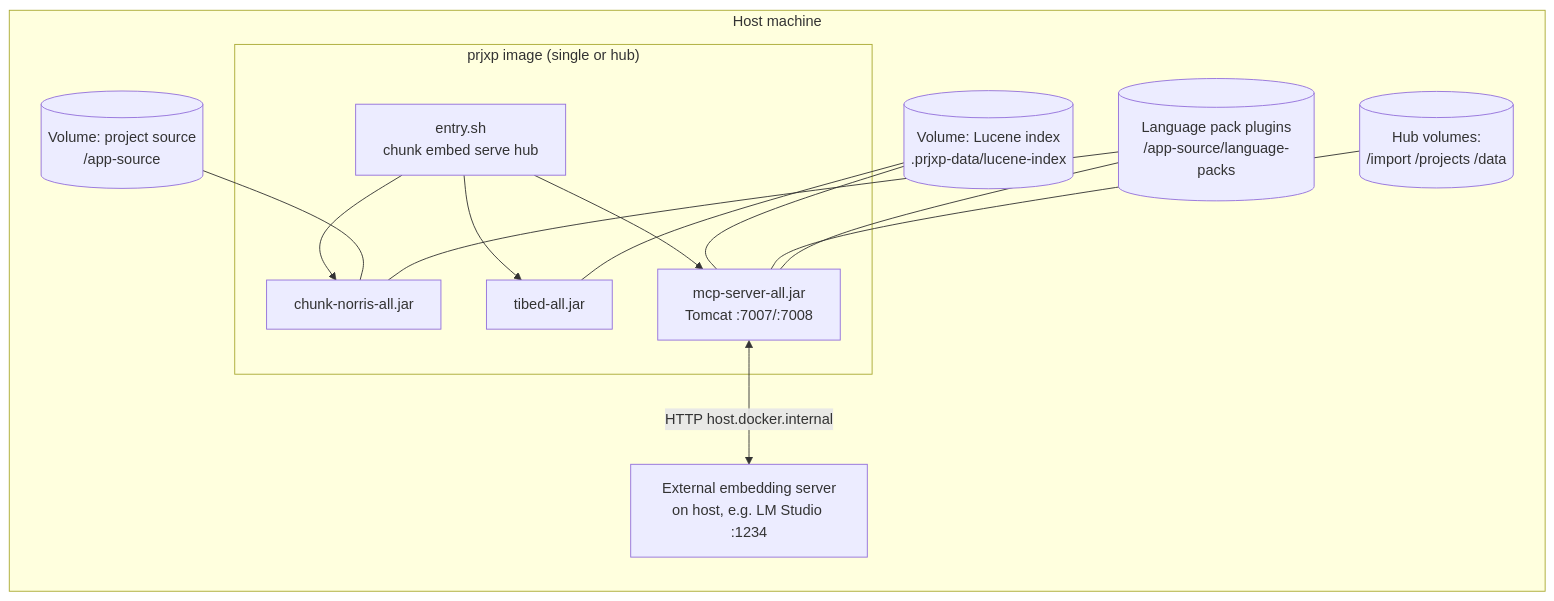
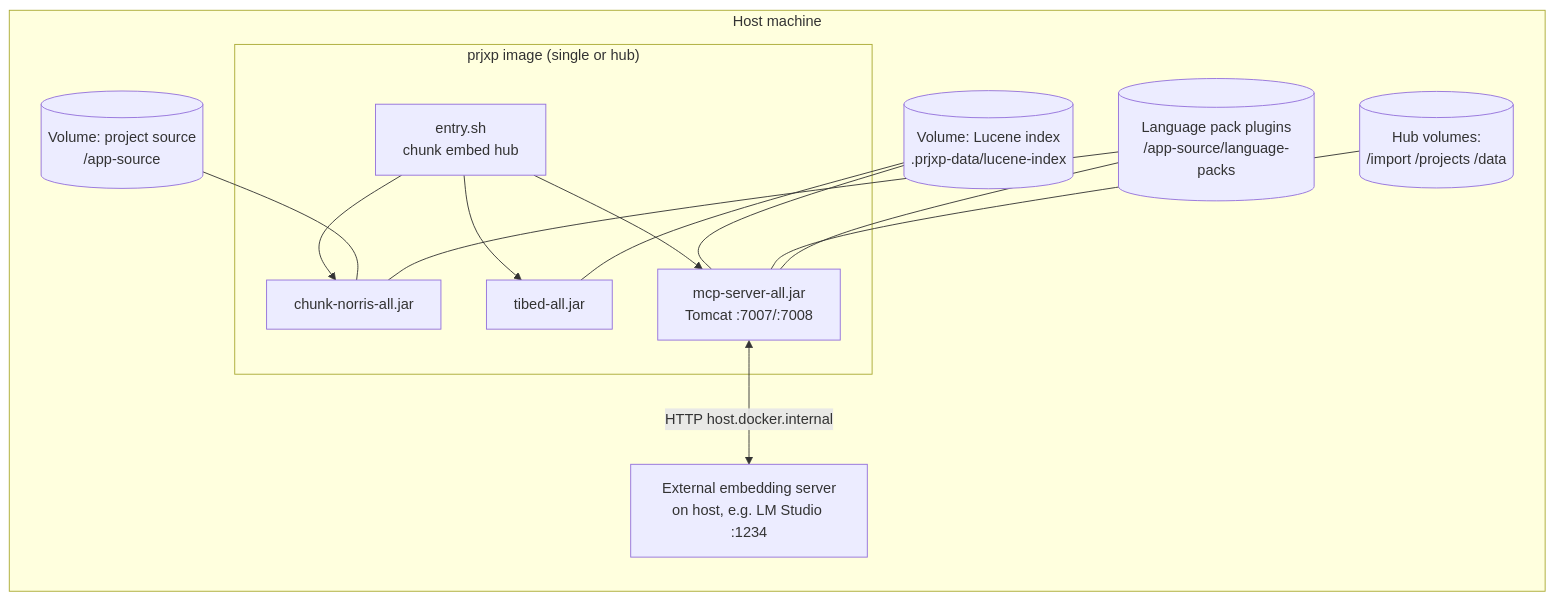
Before and after one commit to carstenSpraener/prjxp: the second of 2 diagrams in doc/arc42/03_context_and_scope.md, drawn with Mermaid. The commit also changed 20 other files, not shown here.

````diff
--- a/doc/arc42/03_context_and_scope.md
+++ b/doc/arc42/03_context_and_scope.md
@@ -55,23 +55,23 @@
 ```mermaid
 flowchart LR
     subgraph host ["Host machine"]
         subgraph docker ["prjxp image (single or hub)"]
             CN["chunk-norris-all.jar"]
             TIB["tibed-all.jar"]
             MS["mcp-server-all.jar<br/>Tomcat :7007/:7008"]
-            ENTRY["entry.sh<br/>chunk embed serve hub"]
+            ENTRY["entry.sh<br/>chunk embed hub"]
         end
         V1[("Volume: project source<br/>/app-source")]
         V2[("Volume: Lucene index<br/>.prjxp-data/lucene-index")]
         V3[("Hub volumes:<br/>/import /projects /data")]
         V4[("Language pack plugins<br/>/app-source/language-packs")]
         HOSTEMB["External embedding server<br/>on host, e.g. LM Studio :1234"]
     end
 
     ENTRY --> CN & TIB & MS
     V1 --- CN
     V2 --- TIB & MS
     V3 --- MS
     V4 --- CN & MS
     MS <-->|"HTTP host.docker.internal"| HOSTEMB
 ```
````
